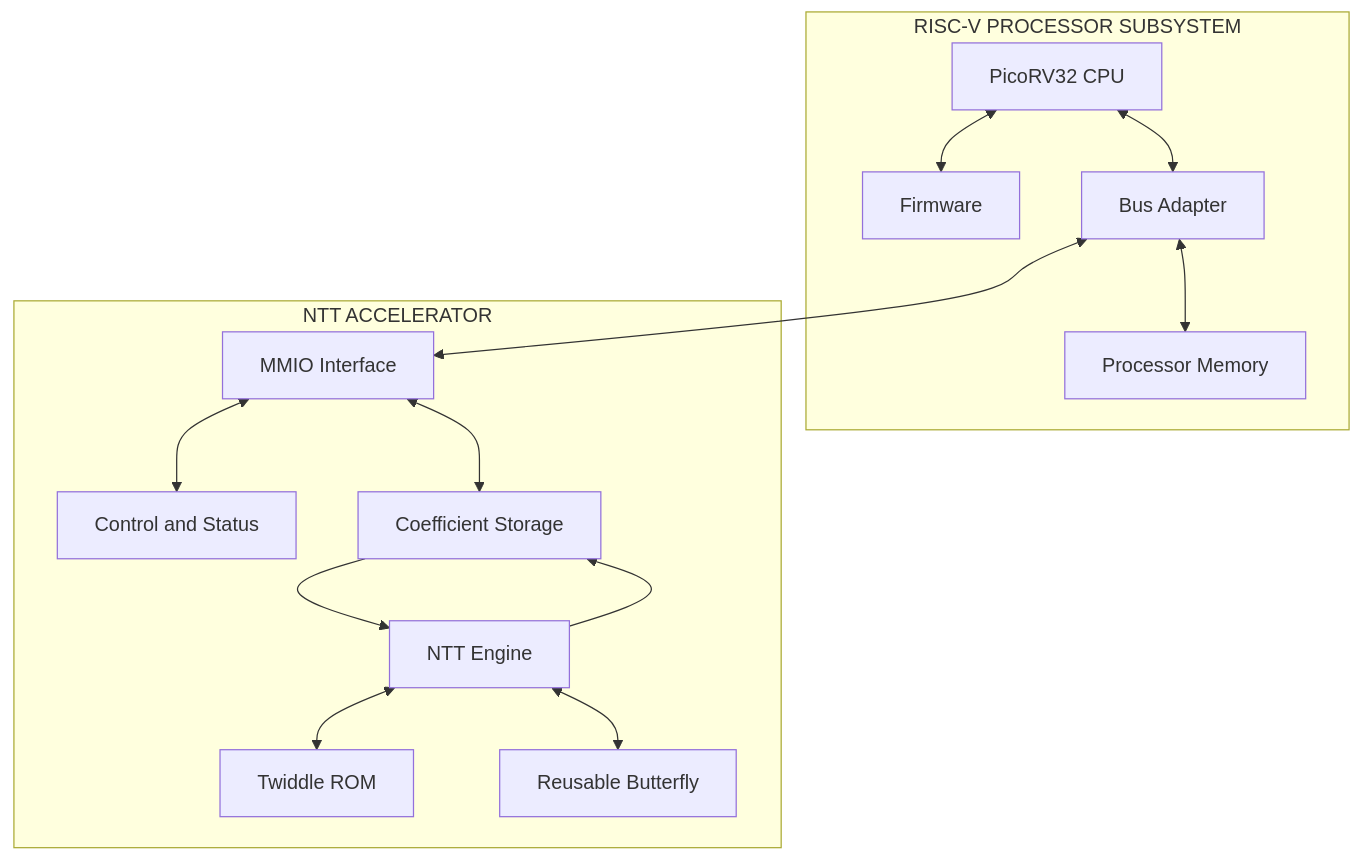
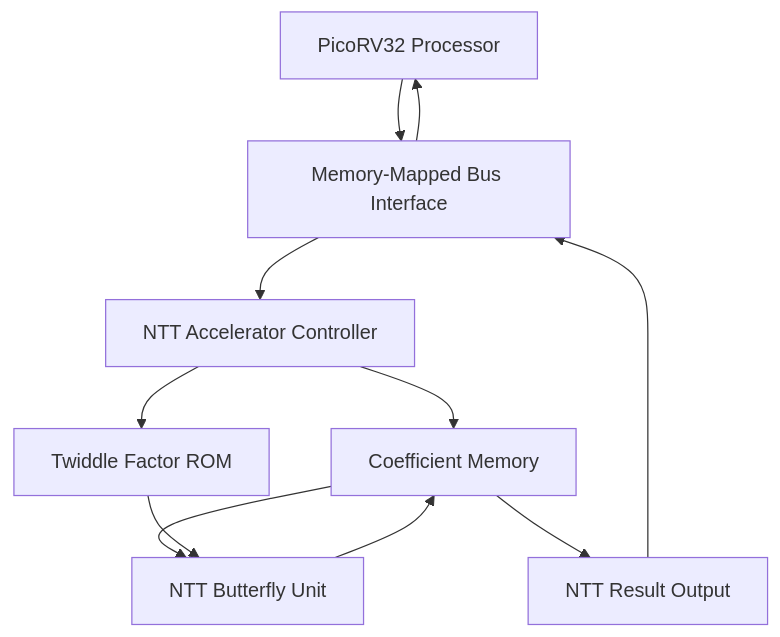
The first of 4 diagrams in README.md (Harshima-Joshi15/riscv-ntt-accelerator), drawn with Mermaid before and after one commit. The commit also changed other lines of this file, not shown here.

````diff
--- a/README.md
+++ b/README.md
@@ -58,29 +33,13 @@
 ```mermaid
-flowchart TB
-    subgraph CPU["RISC-V PROCESSOR SUBSYSTEM"]
-        P["PicoRV32 CPU"]
-        F["Firmware"]
-        B["Bus Adapter"]
-        M["Processor Memory"]
-        P <--> F
-        P <--> B
-        B <--> M
-    end
-
-    subgraph ACC["NTT ACCELERATOR"]
-        I["MMIO Interface"]
-        C["Control and Status"]
-        S["Coefficient Storage"]
-        E["NTT Engine"]
-        T["Twiddle ROM"]
-        D["Reusable Butterfly"]
-        I <--> C
-        I <--> S
-        S --> E
-        E <--> T
-        E <--> D
-        E --> S
-    end
-
-    B <--> I
+flowchart TD
+    A["PicoRV32 Processor"] --> B["Memory-Mapped Bus Interface"]
+    B --> C["NTT Accelerator Controller"]
+    C --> D["Coefficient Memory"]
+    C --> E["Twiddle Factor ROM"]
+    D --> F["NTT Butterfly Unit"]
+    E --> F
+    F --> D
+    D --> G["NTT Result Output"]
+    G --> B
+    B --> A
 ```
````
